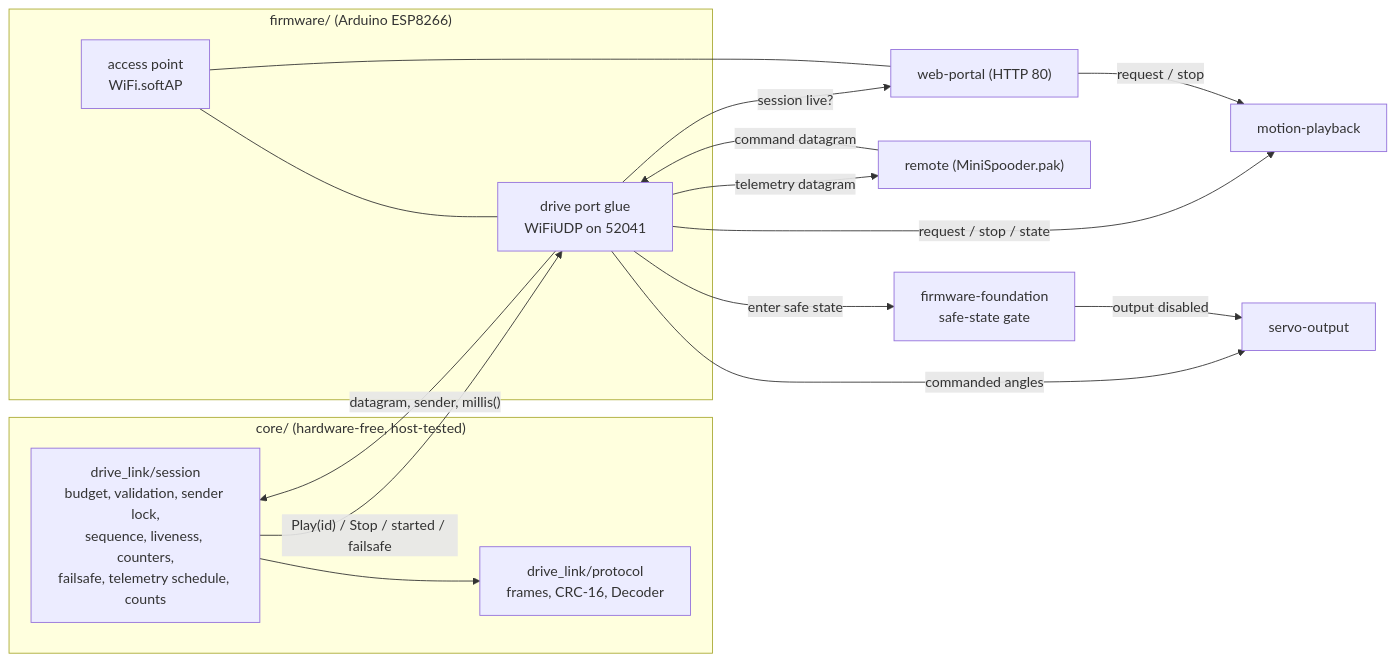
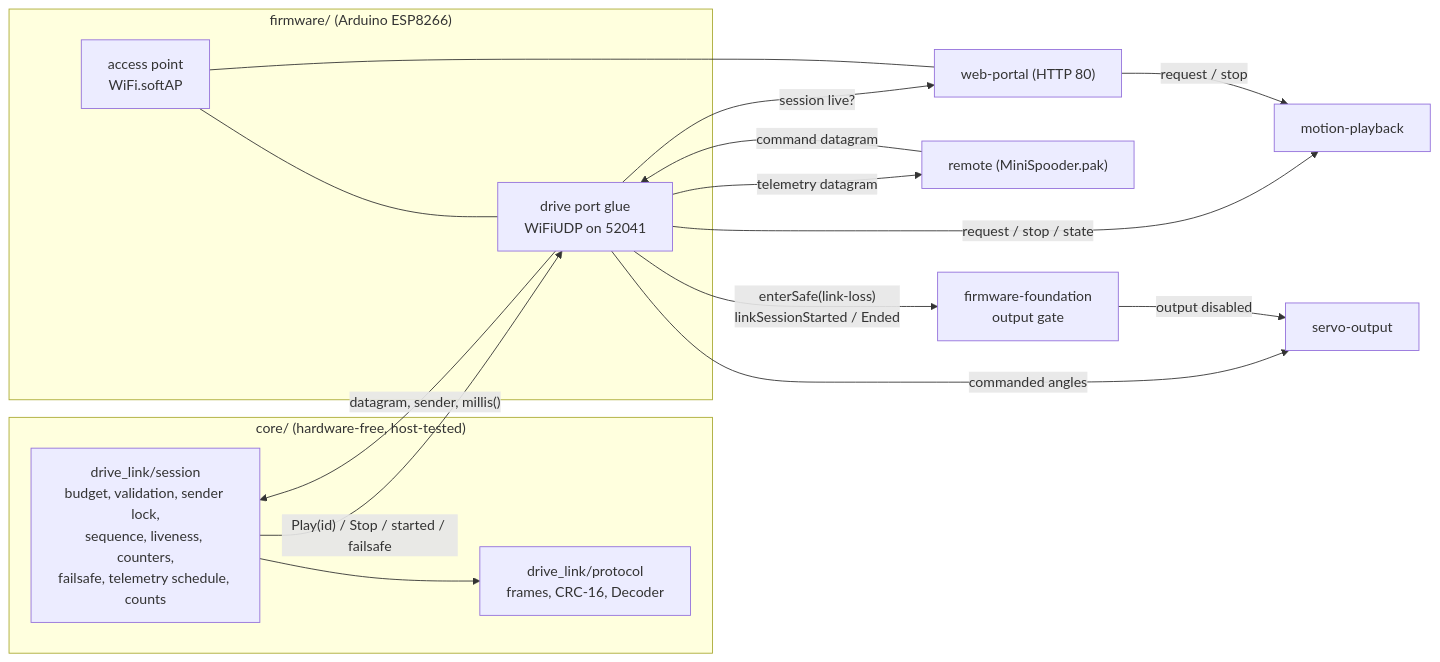
One commit to blackfyre/mini-spooder changed the first of 4 diagrams in openspec/changes/drive-link/design.md. Above: the diagram before and after it, drawn with Mermaid. The commit also changed other lines of this file and 3 other files, not shown here.

First line of the commit message:
drive-link: session events to the output gate, shared hardware-check order

````diff
--- a/openspec/changes/drive-link/design.md
+++ b/openspec/changes/drive-link/design.md
@@ -33,24 +33,24 @@
 ```mermaid
 flowchart LR
   subgraph core["core/ (hardware-free, host-tested)"]
     P["drive_link/protocol<br/>frames, CRC-16, Decoder"]
     S["drive_link/session<br/>budget, validation, sender lock,<br/>sequence, liveness, counters,<br/>failsafe, telemetry schedule, counts"]
     S --> P
   end
   subgraph fw["firmware/ (Arduino ESP8266)"]
     AP["access point<br/>WiFi.softAP"]
     U["drive port glue<br/>WiFiUDP on 52041"]
   end
   U -- "datagram, sender, millis()" --> S
   S -- "Play(id) / Stop / started / failsafe" --> U
   U -- "request / stop / state" --> MP["motion-playback"]
   U -- "commanded angles" --> SO["servo-output"]
-  U -- "enter safe state" --> FS["firmware-foundation<br/>safe-state gate"]
+  U -- "enterSafe(link-loss)<br/>linkSessionStarted / Ended" --> FS["firmware-foundation<br/>output gate"]
   FS -- "output disabled" --> SO
   U -- "telemetry datagram" --> R["remote (MiniSpooder.pak)"]
   R -- "command datagram" --> U
   U -- "session live?" --> WP["web-portal (HTTP 80)"]
   WP -- "request / stop" --> MP
   AP --- U
   AP --- WP
 ```
````
